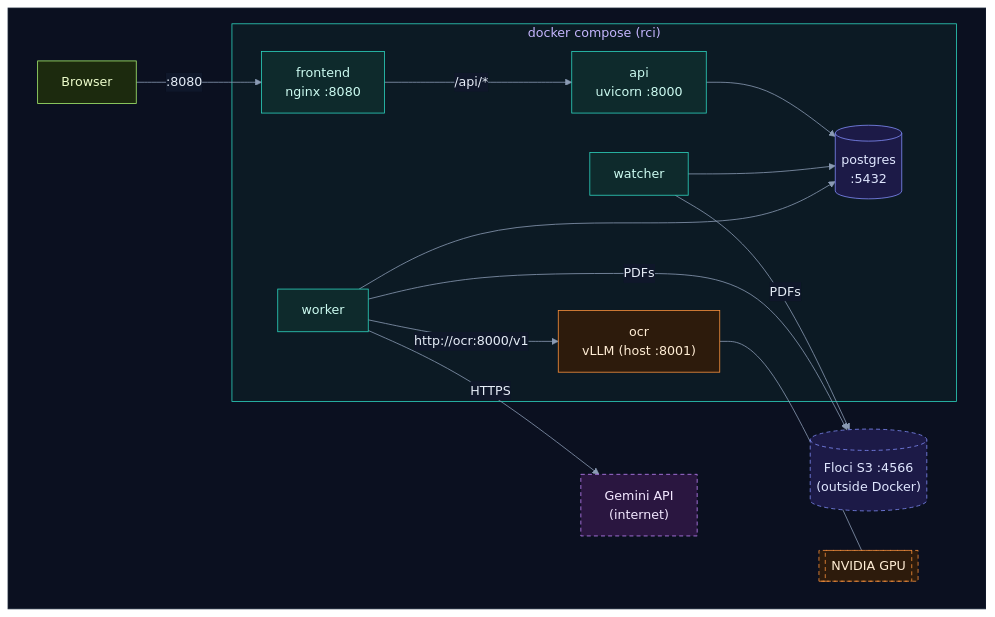
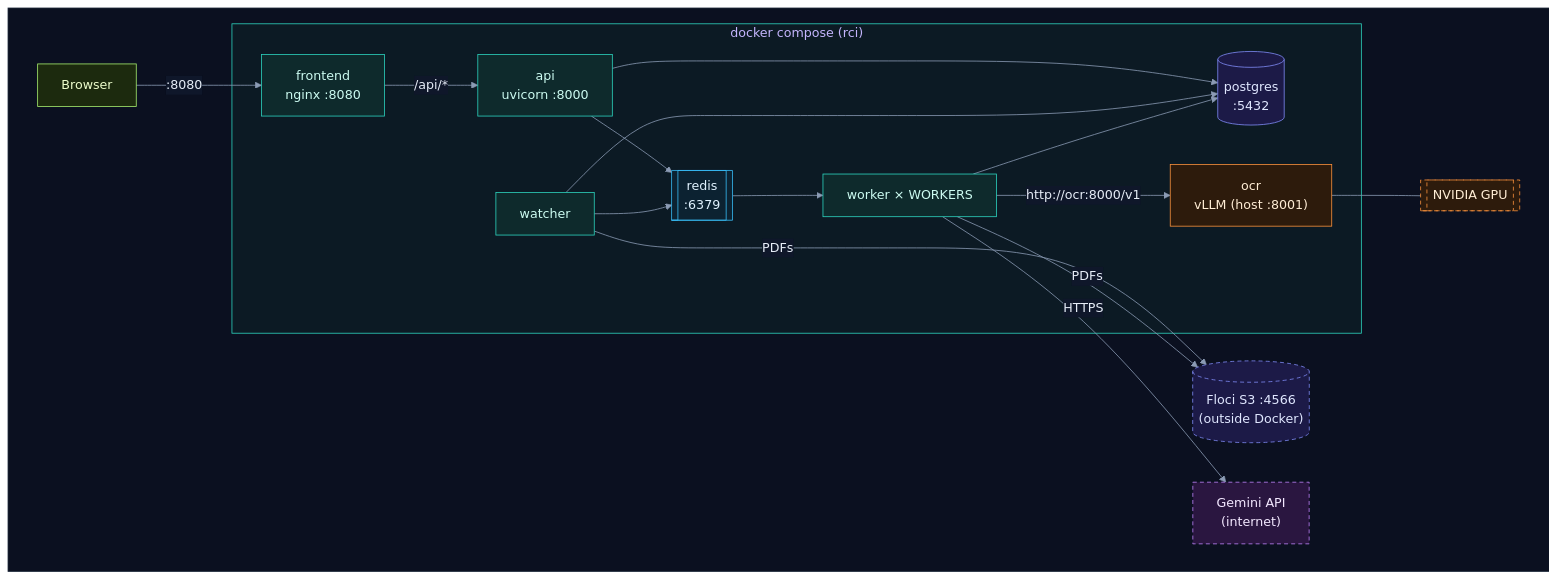
One commit to selvakumarperumal/Regulatory_Circular_Impact_Agent changed the second of 22 diagrams in how_it_works.md. Above: the diagram before and after it, drawn with Mermaid. The commit also changed other lines of this file and 8 other files, not shown here.

````diff
--- a/how_it_works.md
+++ b/how_it_works.md
@@ -122,38 +132,42 @@
 ```mermaid
 %%{init: {"theme": "base", "flowchart": {"diagramPadding": 0}, "themeVariables": {"darkMode": true, "primaryColor": "#16213a", "primaryTextColor": "#e6edf7", "primaryBorderColor": "#475a7a", "lineColor": "#8b9bb4", "secondaryColor": "#1b2436", "tertiaryColor": "#101a2e", "edgeLabelBackground": "#0f172a", "textColor": "#e2e8f0", "clusterBkg": "#0f1728", "clusterBorder": "#2b3a55", "titleColor": "#c4b5fd", "nodeTextColor": "#e6edf7"}}}%%
 flowchart LR
     subgraph canvas[" "]
         direction LR
         B["Browser"] -->|":8080"| FE
         subgraph compose["docker compose (rci)"]
             FE["frontend<br/>nginx :8080"] -->|"/api/*"| API["api<br/>uvicorn :8000"]
             API --> PG[("postgres<br/>:5432")]
+            API --> RD[["redis<br/>:6379"]]
             WA["watcher"] --> PG
-            WK["worker"] --> PG
+            WA --> RD
+            RD --> WK["worker × WORKERS"]
+            WK --> PG
             WK -->|"http://ocr:8000/v1"| OC["ocr<br/>vLLM (host :8001)"]
         end
         WA -->|PDFs| FL[("Floci S3 :4566<br/>(outside Docker)")]
         WK -->|PDFs| FL
         WK -->|HTTPS| GEM["Gemini API<br/>(internet)"]
         OC --- GPU[["NVIDIA GPU"]]
     end
-
     classDef svc fill:#0e2a2c,stroke:#2dd4bf,color:#ccfbf1
     classDef data fill:#1c1a47,stroke:#818cf8,color:#e0e7ff
     classDef ext fill:#2a1640,stroke:#c084fc,color:#f3e8ff
     classDef gpu fill:#2d1b0c,stroke:#fb923c,color:#ffedd5
     classDef ask fill:#2a2410,stroke:#fbbf24,color:#fef3c7
     classDef ok fill:#0b2a1c,stroke:#34d399,color:#d1fae5
     classDef bad fill:#2e0f17,stroke:#fb7185,color:#ffe4e6
     classDef start fill:#1c2a0e,stroke:#a7ef6f,color:#ecfccb
     classDef muted fill:#1a2130,stroke:#64748b,color:#cbd5e1
+    classDef queue fill:#0c2231,stroke:#38bdf8,color:#e0f2fe
     class FE,API,WA,WK svc
     class PG,FL data
+    class RD queue
     class GEM ext
     class OC,GPU gpu
     class B start
     classDef external stroke-dasharray: 5 4
     class FL,GEM,GPU external
     style compose fill:#0c1a24,stroke:#2dd4bf
     style canvas fill:#0b1020,stroke:#1e293b,color:#0b1020
 ```
````
